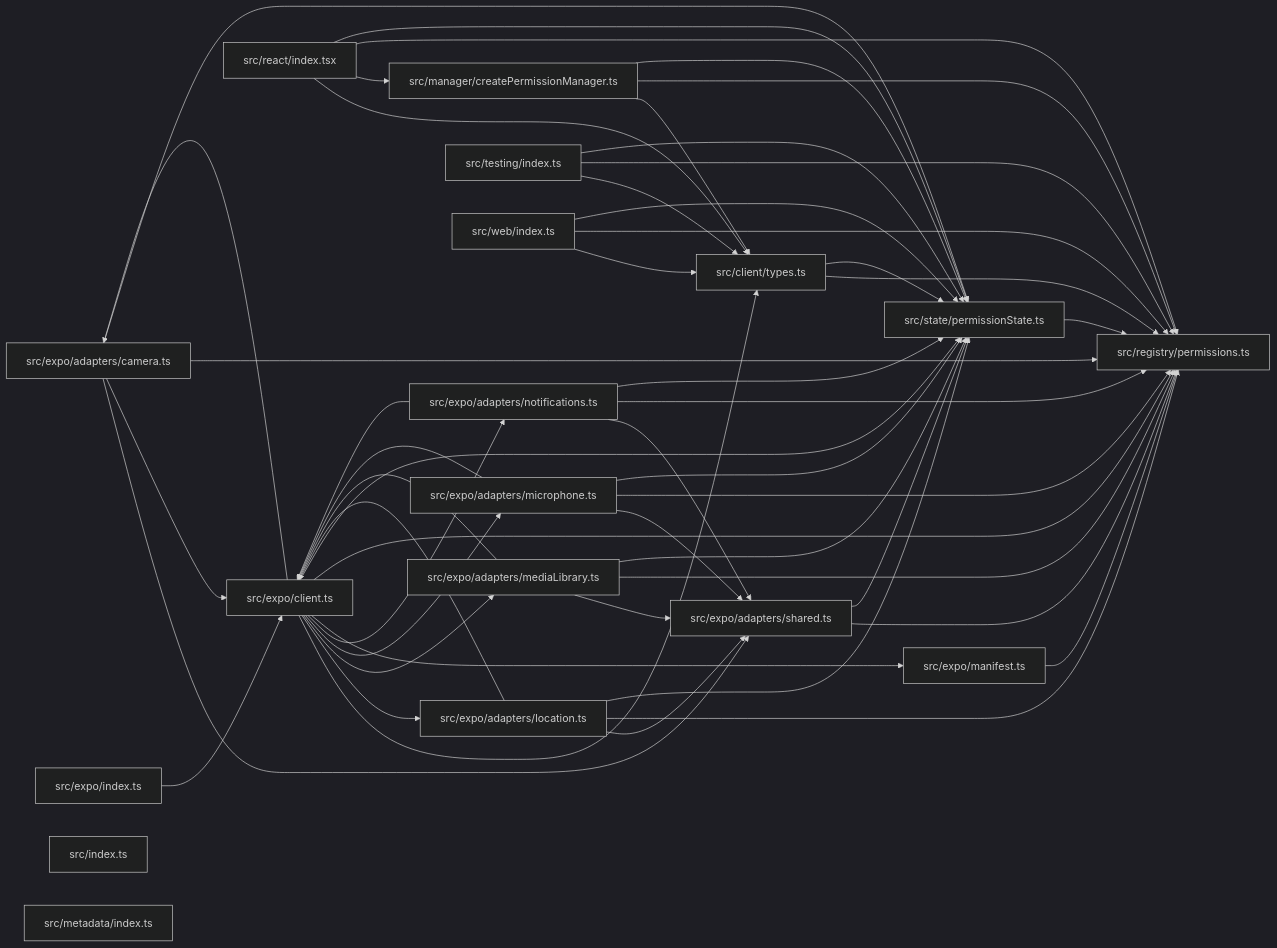
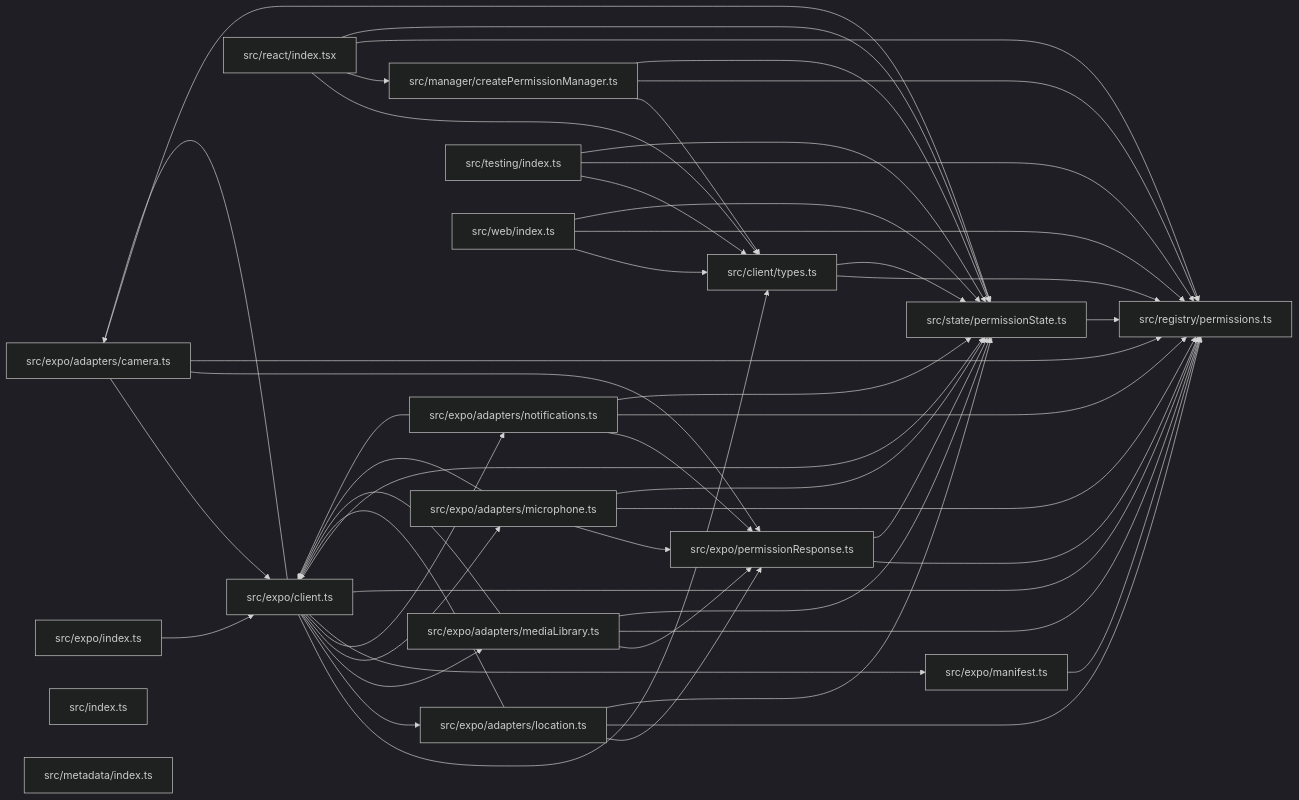
The diagram in paradox/diagrams/module-relationships.mmd (ankhorage/permissions), drawn with Mermaid (dark theme) before and after one commit. The commit also changed 4 other files, not shown here.

```diff
--- a/paradox/diagrams/module-relationships.mmd
+++ b/paradox/diagrams/module-relationships.mmd
@@ -1,68 +1,68 @@
 graph LR
   module_src_client_types_ts["src/client/types.ts"]
   module_src_expo_adapters_camera_ts["src/expo/adapters/camera.ts"]
   module_src_expo_adapters_location_ts["src/expo/adapters/location.ts"]
   module_src_expo_adapters_mediaLibrary_ts["src/expo/adapters/mediaLibrary.ts"]
   module_src_expo_adapters_microphone_ts["src/expo/adapters/microphone.ts"]
   module_src_expo_adapters_notifications_ts["src/expo/adapters/notifications.ts"]
-  module_src_expo_adapters_shared_ts["src/expo/adapters/shared.ts"]
   module_src_expo_client_ts["src/expo/client.ts"]
   module_src_expo_index_ts["src/expo/index.ts"]
   module_src_expo_manifest_ts["src/expo/manifest.ts"]
+  module_src_expo_permissionResponse_ts["src/expo/permissionResponse.ts"]
   module_src_index_ts["src/index.ts"]
   module_src_manager_createPermissionManager_ts["src/manager/createPermissionManager.ts"]
   module_src_metadata_index_ts["src/metadata/index.ts"]
   module_src_react_index_tsx["src/react/index.tsx"]
   module_src_registry_permissions_ts["src/registry/permissions.ts"]
   module_src_state_permissionState_ts["src/state/permissionState.ts"]
   module_src_testing_index_ts["src/testing/index.ts"]
   module_src_web_index_ts["src/web/index.ts"]
   module_src_client_types_ts --> module_src_registry_permissions_ts
   module_src_client_types_ts --> module_src_state_permissionState_ts
-  module_src_expo_adapters_camera_ts --> module_src_expo_adapters_shared_ts
   module_src_expo_adapters_camera_ts --> module_src_expo_client_ts
+  module_src_expo_adapters_camera_ts --> module_src_expo_permissionResponse_ts
   module_src_expo_adapters_camera_ts --> module_src_registry_permissions_ts
   module_src_expo_adapters_camera_ts --> module_src_state_permissionState_ts
-  module_src_expo_adapters_location_ts --> module_src_expo_adapters_shared_ts
   module_src_expo_adapters_location_ts --> module_src_expo_client_ts
+  module_src_expo_adapters_location_ts --> module_src_expo_permissionResponse_ts
   module_src_expo_adapters_location_ts --> module_src_registry_permissions_ts
   module_src_expo_adapters_location_ts --> module_src_state_permissionState_ts
-  module_src_expo_adapters_mediaLibrary_ts --> module_src_expo_adapters_shared_ts
   module_src_expo_adapters_mediaLibrary_ts --> module_src_expo_client_ts
+  module_src_expo_adapters_mediaLibrary_ts --> module_src_expo_permissionResponse_ts
   module_src_expo_adapters_mediaLibrary_ts --> module_src_registry_permissions_ts
   module_src_expo_adapters_mediaLibrary_ts --> module_src_state_permissionState_ts
-  module_src_expo_adapters_microphone_ts --> module_src_expo_adapters_shared_ts
   module_src_expo_adapters_microphone_ts --> module_src_expo_client_ts
+  module_src_expo_adapters_microphone_ts --> module_src_expo_permissionResponse_ts
   module_src_expo_adapters_microphone_ts --> module_src_registry_permissions_ts
   module_src_expo_adapters_microphone_ts --> module_src_state_permissionState_ts
-  module_src_expo_adapters_notifications_ts --> module_src_expo_adapters_shared_ts
   module_src_expo_adapters_notifications_ts --> module_src_expo_client_ts
+  module_src_expo_adapters_notifications_ts --> module_src_expo_permissionResponse_ts
   module_src_expo_adapters_notifications_ts --> module_src_registry_permissions_ts
   module_src_expo_adapters_notifications_ts --> module_src_state_permissionState_ts
-  module_src_expo_adapters_shared_ts --> module_src_registry_permissions_ts
-  module_src_expo_adapters_shared_ts --> module_src_state_permissionState_ts
   module_src_expo_client_ts --> module_src_client_types_ts
   module_src_expo_client_ts --> module_src_expo_adapters_camera_ts
   module_src_expo_client_ts --> module_src_expo_adapters_location_ts
   module_src_expo_client_ts --> module_src_expo_adapters_mediaLibrary_ts
   module_src_expo_client_ts --> module_src_expo_adapters_microphone_ts
   module_src_expo_client_ts --> module_src_expo_adapters_notifications_ts
   module_src_expo_client_ts --> module_src_expo_manifest_ts
   module_src_expo_client_ts --> module_src_registry_permissions_ts
   module_src_expo_client_ts --> module_src_state_permissionState_ts
   module_src_expo_index_ts --> module_src_expo_client_ts
   module_src_expo_manifest_ts --> module_src_registry_permissions_ts
+  module_src_expo_permissionResponse_ts --> module_src_registry_permissions_ts
+  module_src_expo_permissionResponse_ts --> module_src_state_permissionState_ts
   module_src_manager_createPermissionManager_ts --> module_src_client_types_ts
   module_src_manager_createPermissionManager_ts --> module_src_registry_permissions_ts
   module_src_manager_createPermissionManager_ts --> module_src_state_permissionState_ts
   module_src_react_index_tsx --> module_src_client_types_ts
   module_src_react_index_tsx --> module_src_manager_createPermissionManager_ts
   module_src_react_index_tsx --> module_src_registry_permissions_ts
   module_src_react_index_tsx --> module_src_state_permissionState_ts
   module_src_state_permissionState_ts --> module_src_registry_permissions_ts
   module_src_testing_index_ts --> module_src_client_types_ts
   module_src_testing_index_ts --> module_src_registry_permissions_ts
   module_src_testing_index_ts --> module_src_state_permissionState_ts
   module_src_web_index_ts --> module_src_client_types_ts
   module_src_web_index_ts --> module_src_registry_permissions_ts
   module_src_web_index_ts --> module_src_state_permissionState_ts
```
